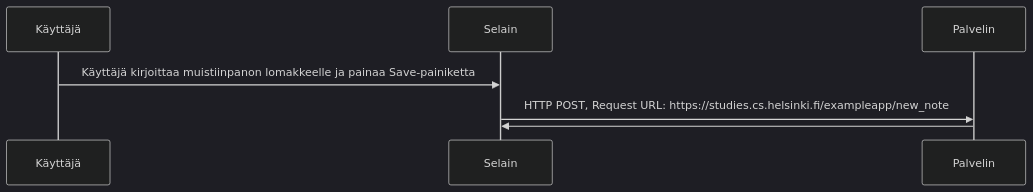
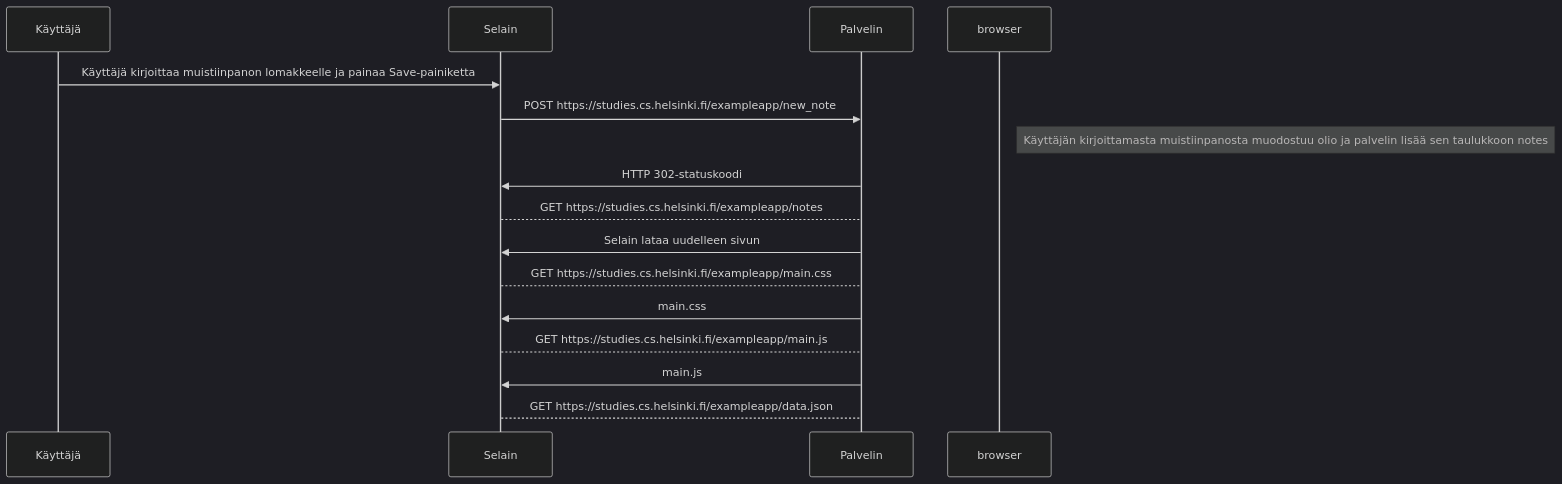
Before and after one commit to juusorutanen/Full-Stack-Open-Course: the diagram in osa0/README.md, drawn with Mermaid (dark theme).

````diff
--- a/osa0/README.md
+++ b/osa0/README.md
@@ -6,14 +6,24 @@
 ```mermaid
 
 sequenceDiagram
     participant Käyttäjä
     participant Selain
     participant Palvelin
     Käyttäjä->>Selain: Käyttäjä kirjoittaa muistiinpanon lomakkeelle ja painaa Save-painiketta
     
-    Selain->>Palvelin: HTTP POST, Request URL: https://studies.cs.helsinki.fi/exampleapp/new_note
-    Palvelin->>Selain: 
+    Selain->>Palvelin: POST https://studies.cs.helsinki.fi/exampleapp/new_note
+    Note right of browser: Käyttäjän kirjoittamasta muistiinpanosta muodostuu olio ja palvelin lisää sen taulukkoon notes
+    Palvelin->>Selain: HTTP 302-statuskoodi
+    Selain-->Palvelin: GET https://studies.cs.helsinki.fi/exampleapp/notes
+    Palvelin->>Selain: Selain lataa uudelleen sivun
+    Selain-->Palvelin: GET https://studies.cs.helsinki.fi/exampleapp/main.css
+    Palvelin->>Selain: main.css
+    Selain-->Palvelin: GET https://studies.cs.helsinki.fi/exampleapp/main.js
+    Palvelin->>Selain: main.js
+    Selain-->Palvelin: GET https://studies.cs.helsinki.fi/exampleapp/data.json
+    
+
 
    
     
 ```
````
